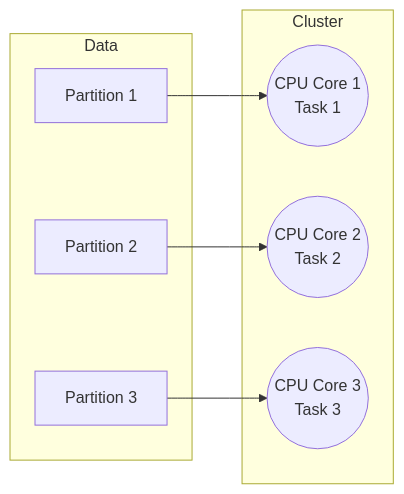
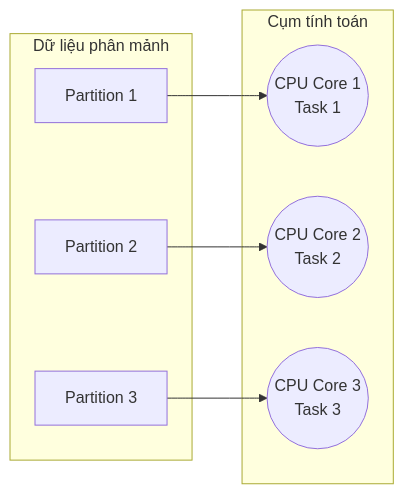
Before and after one commit to kythuatdulieu/kythuatdulieu.github.io: the diagram in src/content/docs/concepts/spark-partition.md, drawn with Mermaid. The commit also changed other lines of this file and 179 other files, not shown here.

Commit message:
fix: build error and mermaid theme

````diff
--- a/src/content/docs/concepts/spark-partition.md
+++ b/src/content/docs/concepts/spark-partition.md
@@ -24,18 +28,18 @@
 ```mermaid
 flowchart LR
-    subgraph Data
+    subgraph Dữ liệu phân mảnh
         D1[Partition 1]
         D2[Partition 2]
         D3[Partition 3]
     end
     
-    subgraph Cluster
+    subgraph Cụm tính toán
         T1((CPU Core 1\nTask 1))
         T2((CPU Core 2\nTask 2))
         T3((CPU Core 3\nTask 3))
     end
     
     D1 --> T1
     D2 --> T2
     D3 --> T3
 ```
````
